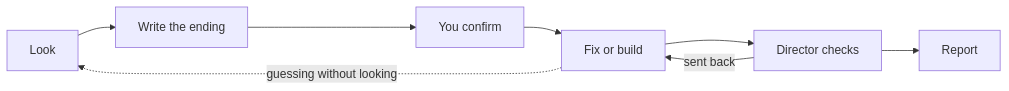
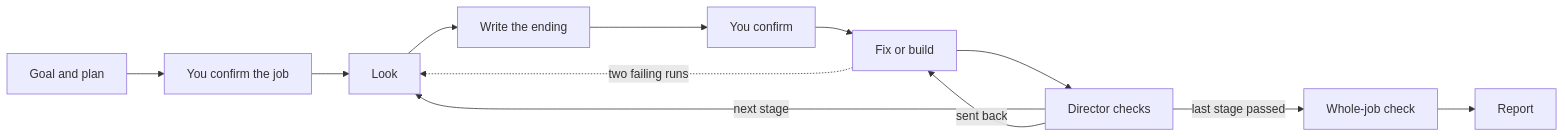
One commit to woosikkim/rehearse changed the diagram in README.md. Above: the diagram before and after it, drawn with Mermaid. The commit also changed other lines of this file and 46 other files, not shown here.

First line of the commit message:
3.0.0: manager, worker, director over one job file; multi-stage jobs; background spawns

````diff
--- a/README.md
+++ b/README.md
@@ -39,6 +51,9 @@
 ```mermaid
 flowchart LR
-    A[Look] --> B[Write the ending] --> C[You confirm] --> D[Fix or build] --> E[Director checks] --> F[Report]
+    G[Goal and plan] --> J[You confirm the job]
+    J --> A[Look] --> B[Write the ending] --> C[You confirm] --> D[Fix or build] --> E[Director checks]
+    E -- "next stage" --> A
     E -- "sent back" --> D
-    D -. "guessing without looking" .-> A
+    D -. "two failing runs" .-> A
+    E -- "last stage passed" --> Z[Whole-job check] --> F[Report]
 ```
````
